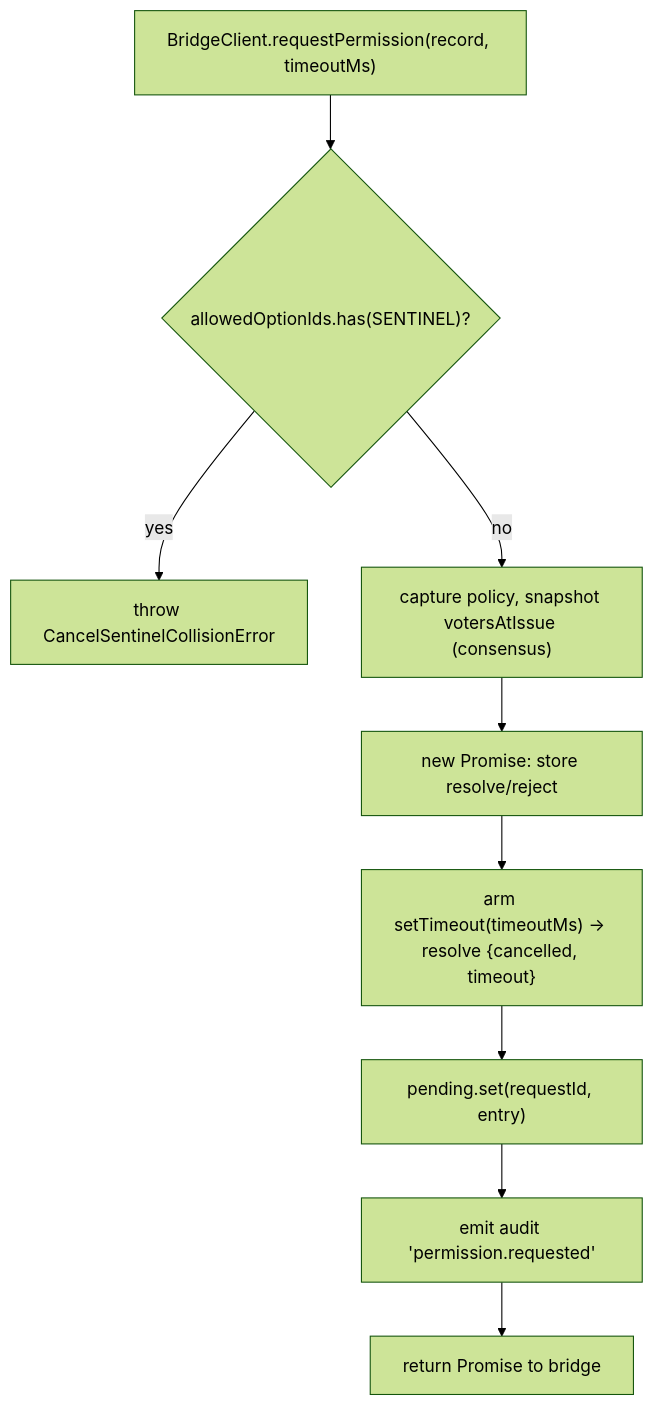
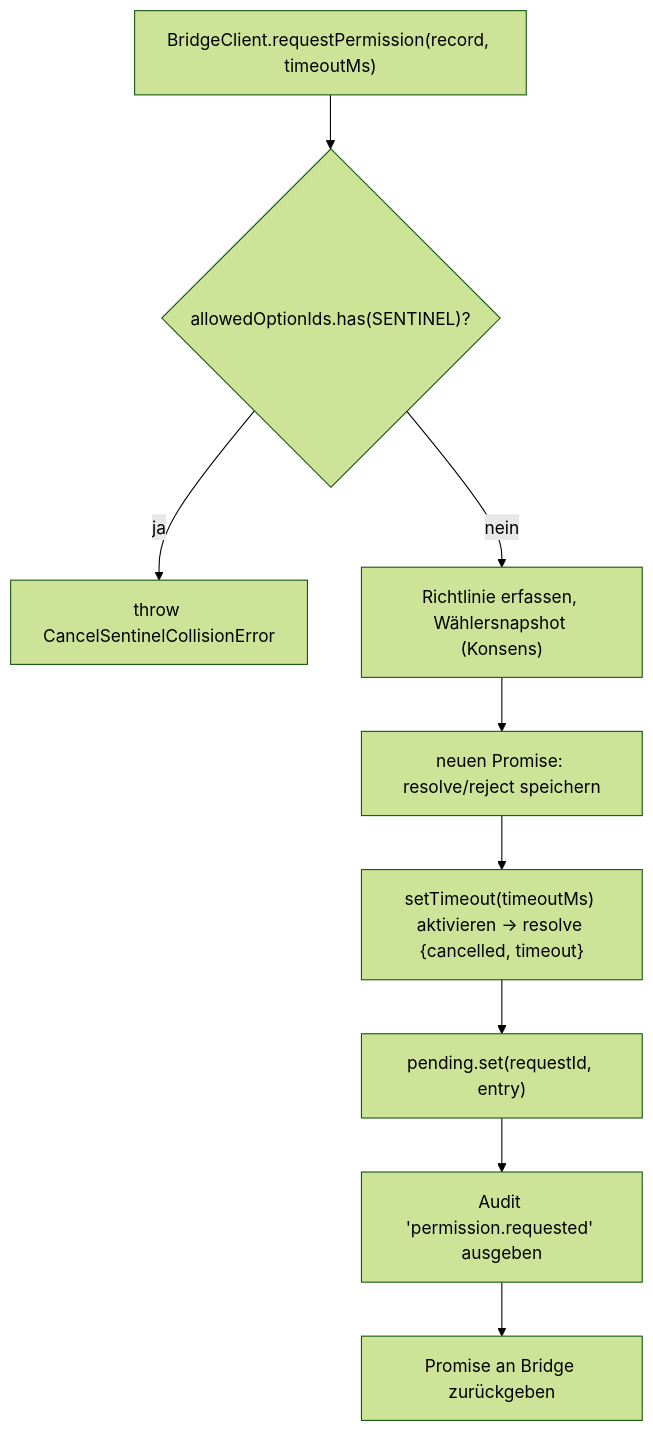
One commit to QwenLM/qwen-code-docs changed the first of 2 diagrams in website/content/de/developers/daemon/04-permission-mediation.md. Above: the diagram before and after it, drawn with Mermaid (forest theme). The commit also changed other lines of this file and 1077 other files, not shown here.

````diff
--- a/website/content/de/developers/daemon/04-permission-mediation.md
+++ b/website/content/de/developers/daemon/04-permission-mediation.md
@@ -104,11 +105,11 @@
 ```mermaid
 flowchart TD
     A["BridgeClient.requestPermission(record, timeoutMs)"] --> B{"allowedOptionIds.has(SENTINEL)?"}
-    B -->|yes| C["throw CancelSentinelCollisionError"]
-    B -->|no| D["capture policy, snapshot votersAtIssue (consensus)"]
-    D --> E["new Promise: store resolve/reject"]
-    E --> F["arm setTimeout(timeoutMs) → resolve {cancelled, timeout}"]
+    B -->|ja| C["throw CancelSentinelCollisionError"]
+    B -->|nein| D["Richtlinie erfassen, Wählersnapshot (Konsens)"]
+    D --> E["neuen Promise: resolve/reject speichern"]
+    E --> F["setTimeout(timeoutMs) aktivieren → resolve {cancelled, timeout}"]
     F --> G["pending.set(requestId, entry)"]
-    G --> H["emit audit 'permission.requested'"]
-    H --> I["return Promise to bridge"]
+    G --> H["Audit 'permission.requested' ausgeben"]
+    H --> I["Promise an Bridge zurückgeben"]
 ```
````
